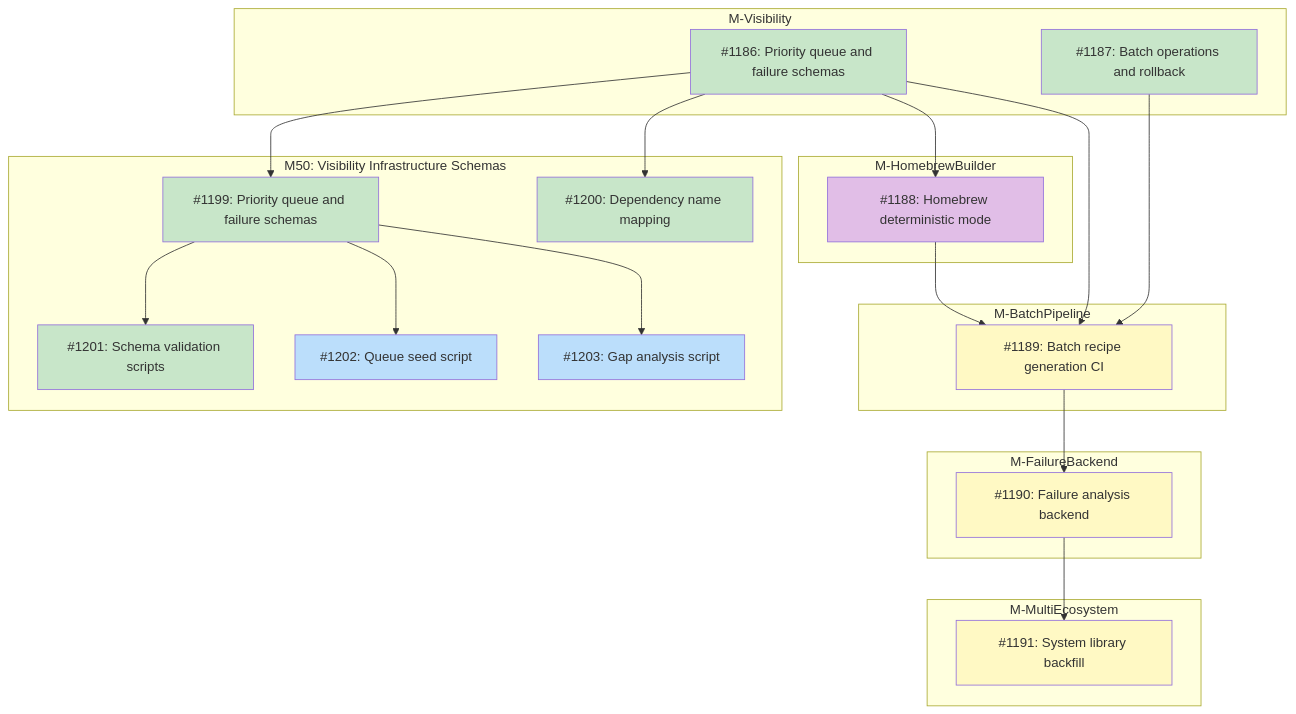
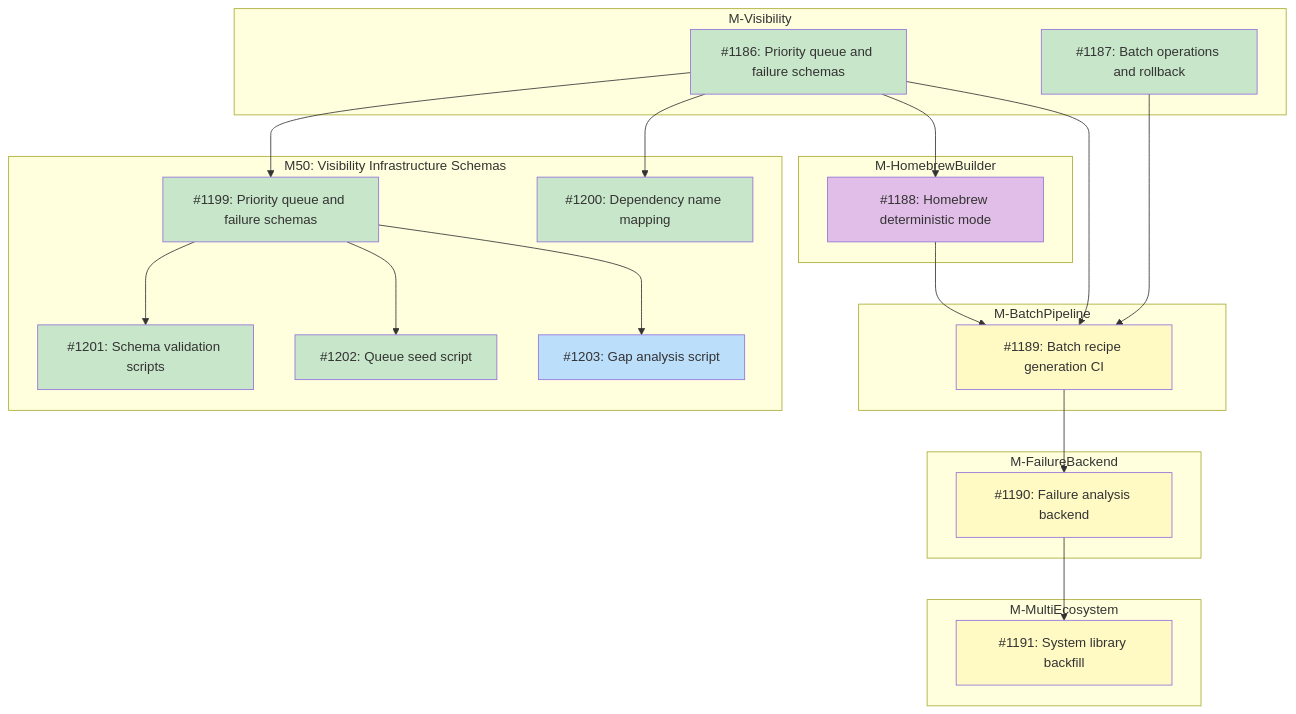
The diagram in docs/designs/DESIGN-registry-scale-strategy.md (tsukumogami/tsuku), drawn with Mermaid before and after one commit. The commit also changed other lines of this file and 2 other files, not shown here.

Commit message:
feat(scripts): add queue seed script for Homebrew (#1202) (#1230)
Add a seed script that populates the priority queue with Homebrew
formulas.
The script fetches install-on-request analytics from Homebrew's public
API
and assigns tiers: tier 1 for a curated list of high-impact tools, tier
2
for formulas with >40K installs in the last 30 days, and tier 3 for the
rest.
Output conforms to the priority queue JSON schema.

````diff
--- a/docs/designs/DESIGN-registry-scale-strategy.md
+++ b/docs/designs/DESIGN-registry-scale-strategy.md
@@ -67,56 +67,57 @@
 ```mermaid
 graph TD
     subgraph M_Visibility["M-Visibility"]
         I1186["#1186: Priority queue and failure schemas"]
         I1187["#1187: Batch operations and rollback"]
     end
 
     subgraph M50["M50: Visibility Infrastructure Schemas"]
         I1199["#1199: Priority queue and failure schemas"]
         I1200["#1200: Dependency name mapping"]
         I1201["#1201: Schema validation scripts"]
         I1202["#1202: Queue seed script"]
         I1203["#1203: Gap analysis script"]
     end
 
     subgraph M_HomebrewBuilder["M-HomebrewBuilder"]
         I1188["#1188: Homebrew deterministic mode"]
     end
 
     subgraph M_BatchPipeline["M-BatchPipeline"]
         I1189["#1189: Batch recipe generation CI"]
     end
 
     subgraph M_FailureBackend["M-FailureBackend"]
         I1190["#1190: Failure analysis backend"]
     end
 
     subgraph M_MultiEcosystem["M-MultiEcosystem"]
         I1191["#1191: System library backfill"]
     end
 
     I1186 --> I1199
     I1186 --> I1200
     I1199 --> I1201
     I1199 --> I1202
     I1199 --> I1203
     I1186 --> I1188
     I1186 --> I1189
     I1187 --> I1189
     I1188 --> I1189
     I1189 --> I1190
     I1190 --> I1191
 
     classDef done fill:#c8e6c9
     classDef ready fill:#bbdefb
     classDef blocked fill:#fff9c4
     classDef needsDesign fill:#e1bee7
 
     class I1186,I1187 done
     class I1200 done
     class I1199 done
     class I1188 needsDesign
     class I1201 done
-    class I1202,I1203 ready
+    class I1202 done
+    class I1203 ready
     class I1189,I1190,I1191 blocked
 ```
````
